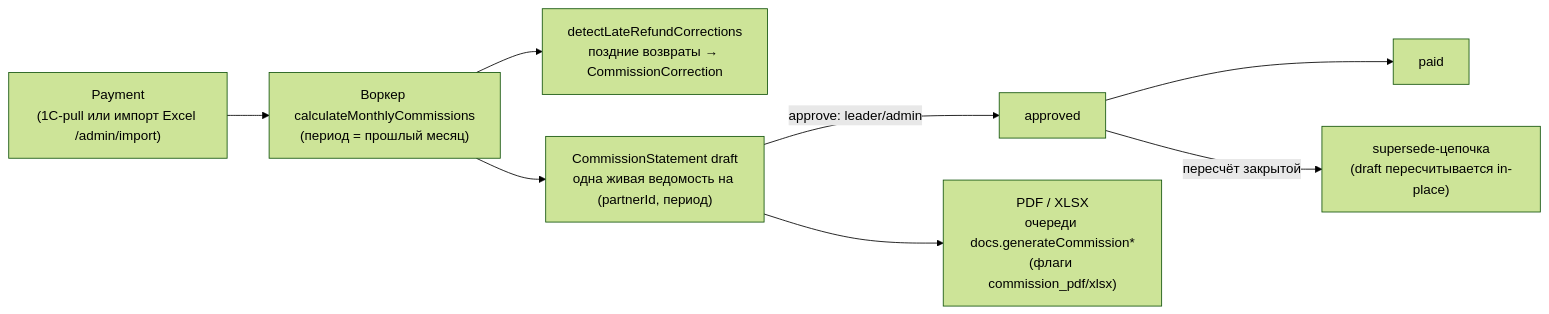
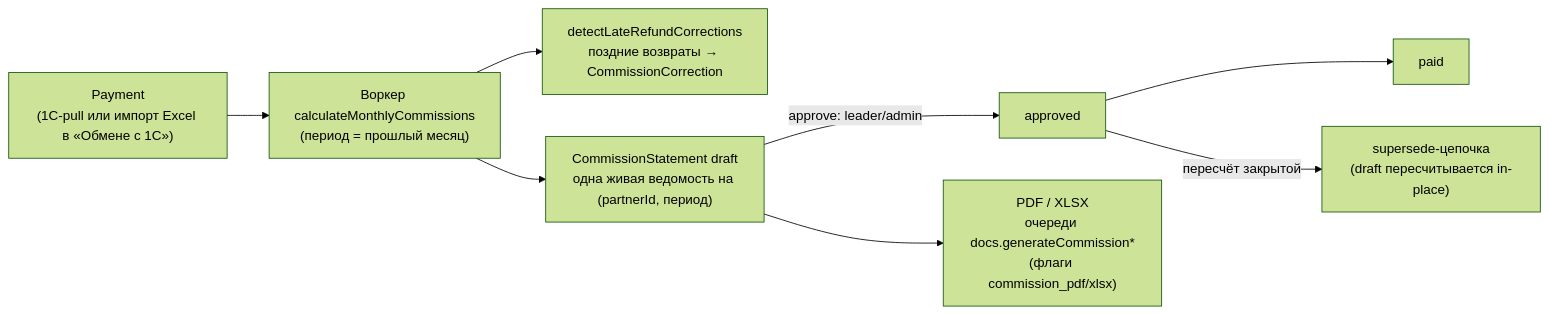
Before and after one commit to aiprocadm/lk_otsfera: the fourth of 4 diagrams in docs/ARCHITECTURE.md, drawn with Mermaid (forest theme). The commit also changed other lines of this file and 78 other files, not shown here.

````diff
--- a/docs/ARCHITECTURE.md
+++ b/docs/ARCHITECTURE.md
@@ -174,10 +174,10 @@
 ```mermaid
 flowchart LR
-    P["Payment<br/>(1С-pull или импорт Excel /admin/import)"] --> C["Воркер calculateMonthlyCommissions<br/>(период = прошлый месяц)"]
+    P["Payment<br/>(1С-pull или импорт Excel в «Обмене с 1С»)"] --> C["Воркер calculateMonthlyCommissions<br/>(период = прошлый месяц)"]
     C --> COR["detectLateRefundCorrections<br/>поздние возвраты → CommissionCorrection"]
     C --> ST["CommissionStatement draft<br/>одна живая ведомость на (partnerId, период)"]
     ST -->|"approve: leader/admin"| AP["approved"]
     AP --> PD["paid"]
     AP -->|"пересчёт закрытой"| SUP["supersede-цепочка<br/>(draft пересчитывается in-place)"]
     ST --> GEN["PDF / XLSX<br/>очереди docs.generateCommission*<br/>(флаги commission_pdf/xlsx)"]
 ```
````
